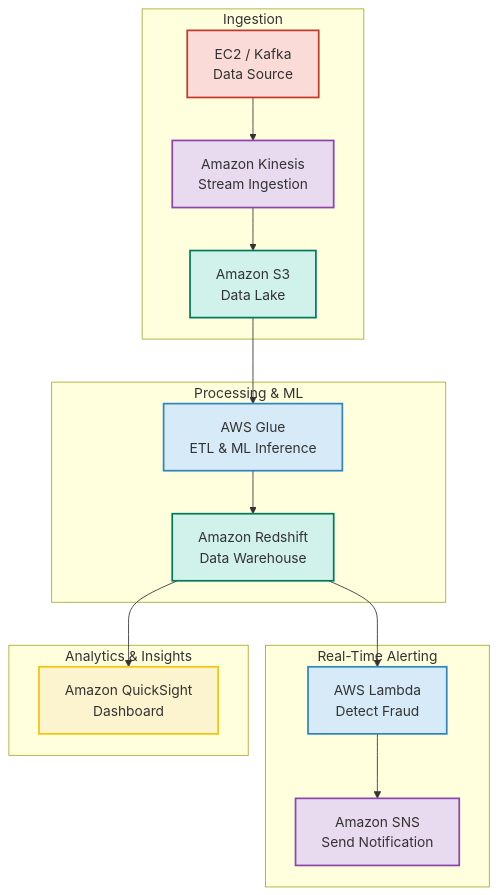
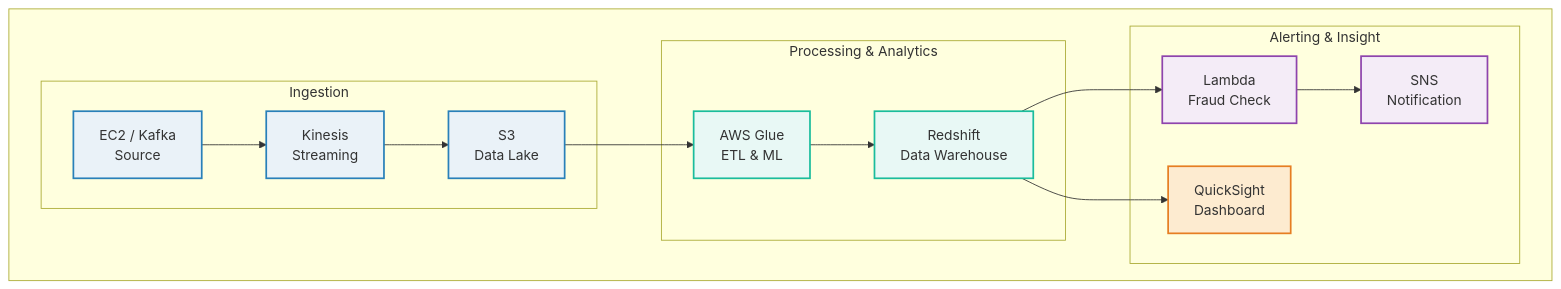
The diagram in README.md (Fraud-Detection-ITI-Project/Fraud-Detection-ITI-Graduation-Project), drawn with Mermaid before and after one commit. The commit also changed other lines of this file, not shown here.

````diff
--- a/README.md
+++ b/README.md
@@ -44,37 +44,34 @@
 ```mermaid
 graph TD
-    subgraph "Ingestion"
-        A[EC2 / Kafka<br/>Data Source] --> B[Amazon Kinesis<br/>Stream Ingestion]
-        B --> C[Amazon S3<br/>Data Lake]
-    end
+    subgraph " "
+        direction LR
+        subgraph "Ingestion"
+            A[EC2 / Kafka<br/>Source] --> B[Kinesis<br/>Streaming]
+            B --> C[S3<br/>Data Lake]
+        end
 
-    subgraph "Processing & ML"
-        D[AWS Glue<br/>ETL & ML Inference] --> E[Amazon Redshift<br/>Data Warehouse]
-    end
+        subgraph "Processing & Analytics"
+            D[AWS Glue<br/>ETL & ML] --> E[Redshift<br/>Data Warehouse]
+        end
 
-    subgraph "Real-Time Alerting"
-        F[AWS Lambda<br/>Detect Fraud] --> G[Amazon SNS<br/>Send Notification]
-    end
-    
-    subgraph "Analytics & Insights"
-        H[Amazon QuickSight<br/>Dashboard]
+        subgraph "Alerting & Insight"
+            F[Lambda<br/>Fraud Check] --> G[SNS<br/>Notification]
+            E --> H[QuickSight<br/>Dashboard]
+        end
     end
 
     %% --- Connections ---
     C --> D
     E --> F
-    E --> H
 
     %% --- Styling ---
-    classDef source fill:#FADBD8,stroke:#C0392B,stroke-width:2px;
-    classDef streaming fill:#E8DAEF,stroke:#8E44AD,stroke-width:2px;
-    classDef storage fill:#D1F2EB,stroke:#007A5E,stroke-width:2px;
-    classDef processing fill:#D6EAF8,stroke:#2E86C1,stroke-width:2px;
-    classDef analytics fill:#FCF3CF,stroke:#F1C40F,stroke-width:2px;
+    classDef source fill:#EAF2F8,stroke:#2980B9,stroke-width:2px;
+    classDef processing fill:#E8F8F5,stroke:#1ABC9C,stroke-width:2px;
+    classDef alerting fill:#F4ECF7,stroke:#8E44AD,stroke-width:2px;
+    classDef analytics fill:#FDEBD0,stroke:#E67E22,stroke-width:2px;
 
-    class A source;
-    class B,G streaming;
-    class C,E storage;
-    class D,F processing;
+    class A,B,C source;
+    class D,E processing;
+    class F,G alerting;
     class H analytics;
 ```
````
